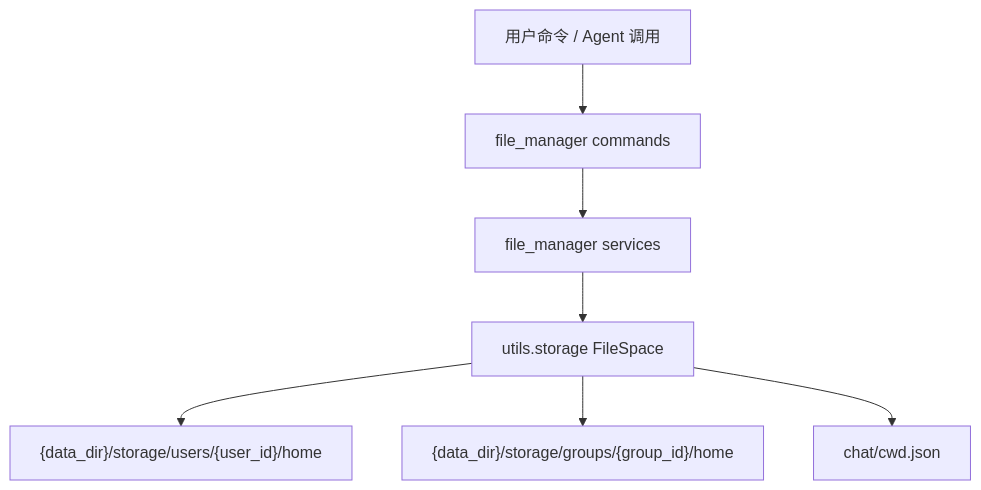
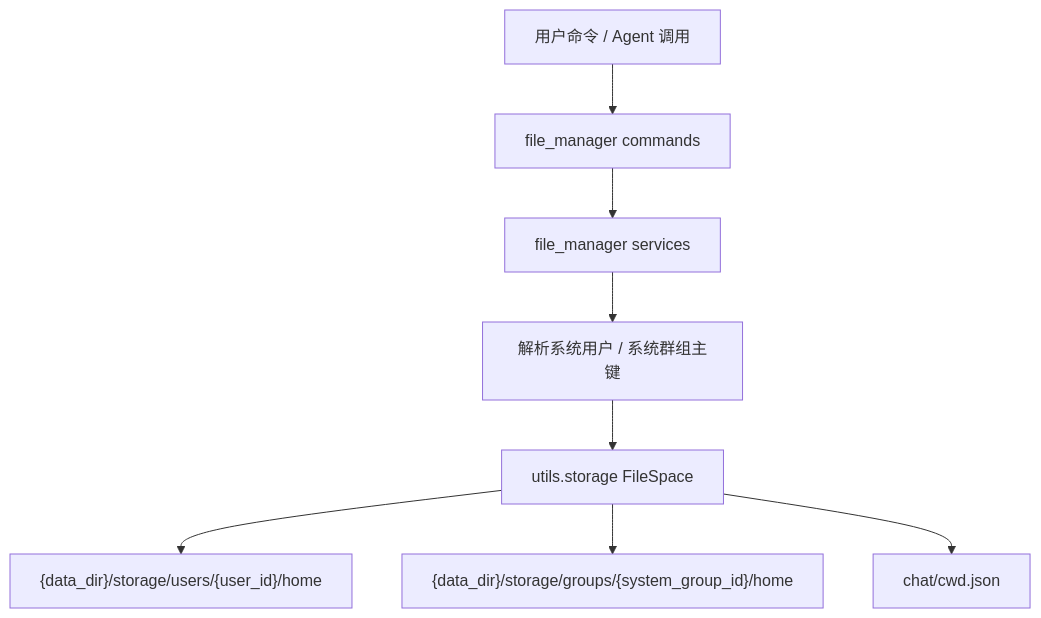
The diagram in src/plugins/file_manager/README.md (ClassRobot/ClassRobot), drawn with Mermaid before and after one commit. The commit also changed other lines of this file and 56 other files, not shown here.

````diff
--- a/src/plugins/file_manager/README.md
+++ b/src/plugins/file_manager/README.md
@@ -55,9 +57,10 @@
 ```mermaid
 flowchart TD
     A["用户命令 / Agent 调用"] --> B["file_manager commands"]
     B --> C["file_manager services"]
-    C --> D["utils.storage FileSpace"]
-    D --> E["{data_dir}/storage/users/{user_id}/home"]
-    D --> F["{data_dir}/storage/groups/{group_id}/home"]
-    D --> G["chat/cwd.json"]
+    C --> D["解析系统用户 / 系统群组主键"]
+    D --> E["utils.storage FileSpace"]
+    E --> F["{data_dir}/storage/users/{user_id}/home"]
+    E --> G["{data_dir}/storage/groups/{system_group_id}/home"]
+    E --> H["chat/cwd.json"]
 ```
````
